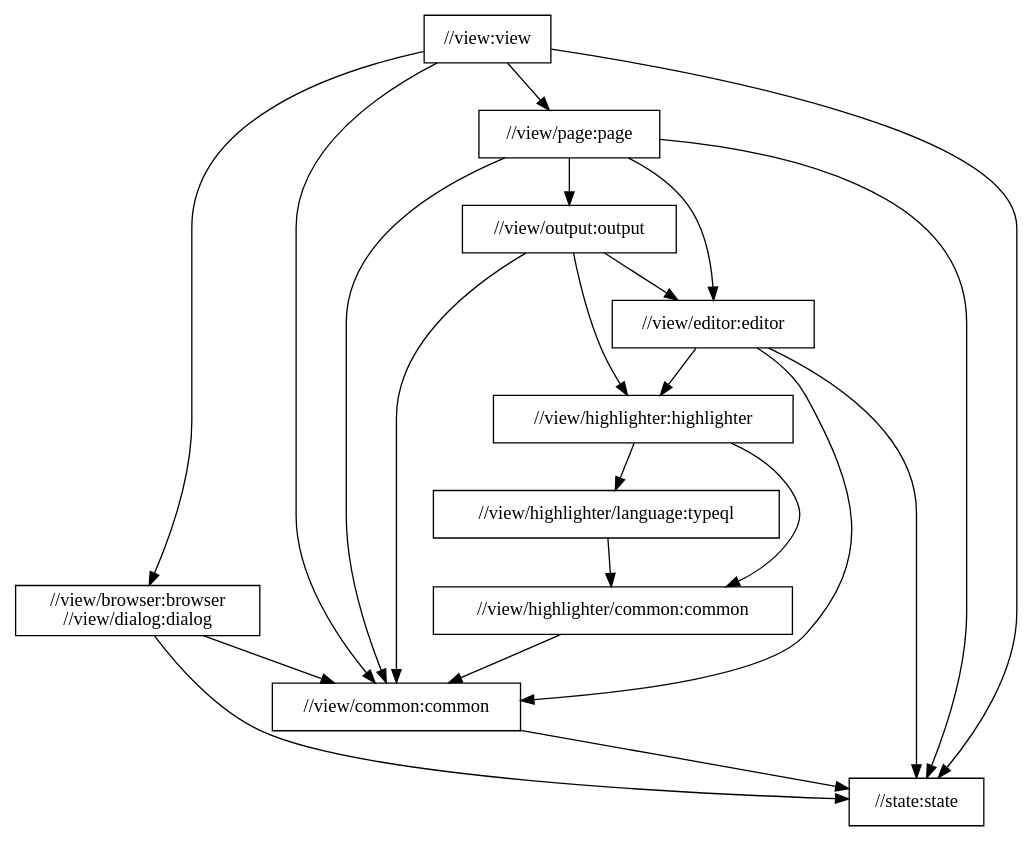
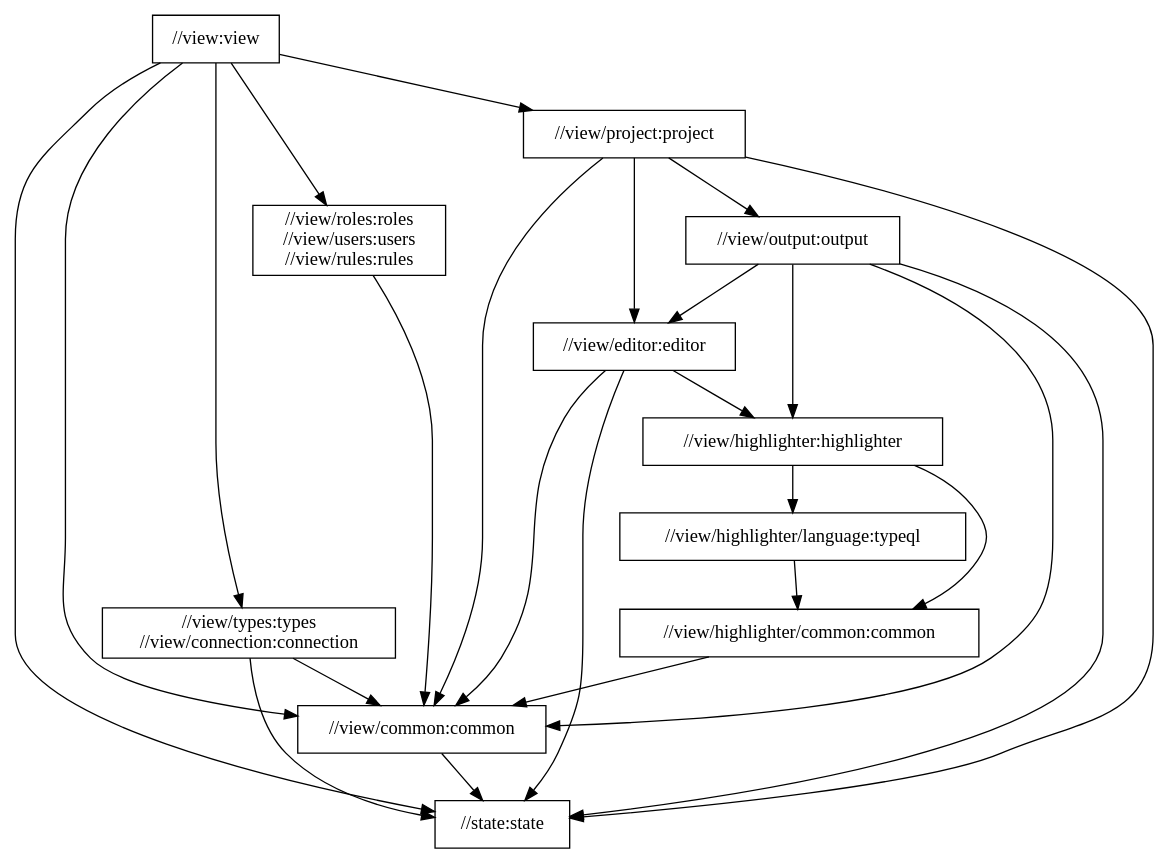
One commit to typedb/typedb-studio changed the diagram in docs/view-package-structure.dot. Above: the diagram before and after it, drawn with Graphviz. The commit also changed 5 other files, not shown here.

Commit message:
Update package structure documentation diagrams

```diff
--- a/docs/view-package-structure.dot
+++ b/docs/view-package-structure.dot
@@ -1,34 +1,38 @@
 digraph mygraph {
   node [shape=box];
   "//view:view"
-  "//view:view" -> "//view/browser:browser\n//view/dialog:dialog"
   "//view:view" -> "//view/common:common"
-  "//view:view" -> "//view/page:page"
+  "//view:view" -> "//view/types:types\n//view/connection:connection"
+  "//view:view" -> "//view/project:project"
+  "//view:view" -> "//view/roles:roles\n//view/users:users\n//view/rules:rules"
   "//view:view" -> "//state:state"
-  "//view/page:page"
-  "//view/page:page" -> "//view/common:common"
-  "//view/page:page" -> "//view/editor:editor"
-  "//view/page:page" -> "//view/output:output"
-  "//view/page:page" -> "//state:state"
+  "//view/roles:roles\n//view/users:users\n//view/rules:rules"
+  "//view/roles:roles\n//view/users:users\n//view/rules:rules" -> "//view/common:common"
+  "//view/project:project"
+  "//view/project:project" -> "//view/common:common"
+  "//view/project:project" -> "//view/editor:editor"
+  "//view/project:project" -> "//view/output:output"
+  "//view/project:project" -> "//state:state"
   "//view/output:output"
   "//view/output:output" -> "//view/common:common"
   "//view/output:output" -> "//view/editor:editor"
   "//view/output:output" -> "//view/highlighter:highlighter"
+  "//view/output:output" -> "//state:state"
   "//view/editor:editor"
   "//view/editor:editor" -> "//view/common:common"
   "//view/editor:editor" -> "//view/highlighter:highlighter"
   "//view/editor:editor" -> "//state:state"
   "//view/highlighter:highlighter"
   "//view/highlighter:highlighter" -> "//view/highlighter/common:common"
   "//view/highlighter:highlighter" -> "//view/highlighter/language:typeql"
+  "//view/types:types\n//view/connection:connection"
+  "//view/types:types\n//view/connection:connection" -> "//view/common:common"
+  "//view/types:types\n//view/connection:connection" -> "//state:state"
   "//view/highlighter/language:typeql"
   "//view/highlighter/language:typeql" -> "//view/highlighter/common:common"
   "//view/highlighter/common:common"
   "//view/highlighter/common:common" -> "//view/common:common"
-  "//view/browser:browser\n//view/dialog:dialog"
-  "//view/browser:browser\n//view/dialog:dialog" -> "//view/common:common"
-  "//view/browser:browser\n//view/dialog:dialog" -> "//state:state"
   "//view/common:common"
   "//view/common:common" -> "//state:state"
   "//state:state"
 }
```
